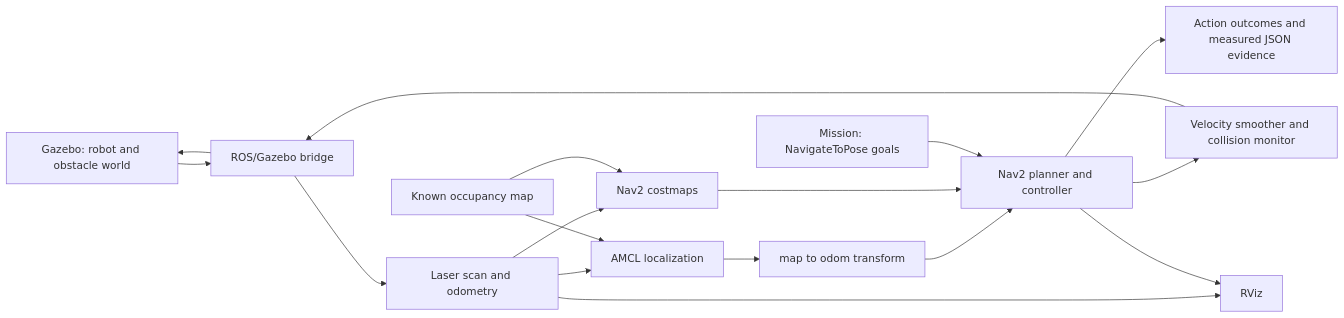
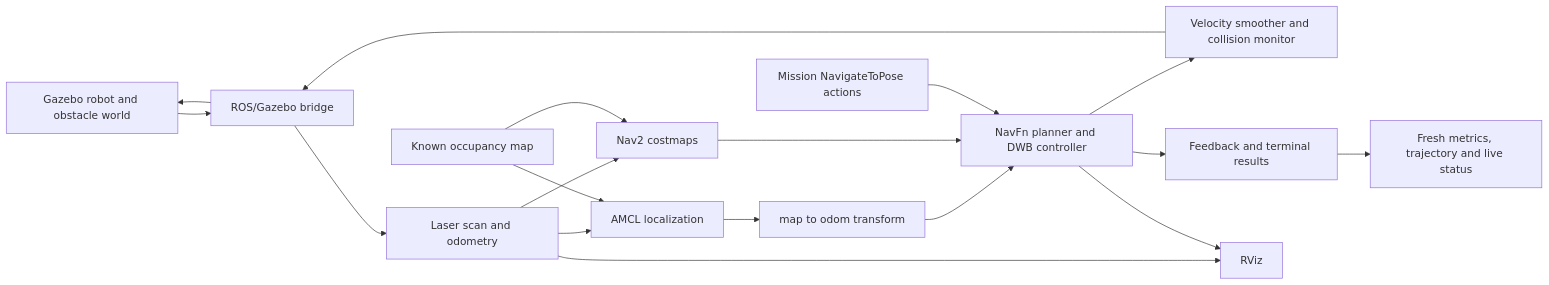
One commit to Preethesh16/waypoint-forge changed the diagram in docs/interview-guide.md. Above: the diagram before and after it, drawn with Mermaid. The commit also changed other lines of this file and 72 other files, not shown here.

Commit message:
Add measured navigation trials, live demo telemetry and unmapped obstacle verification

````diff
--- a/docs/interview-guide.md
+++ b/docs/interview-guide.md
@@ -17,19 +18,20 @@
 ```mermaid
 flowchart LR
-  G[Gazebo: robot and obstacle world] --> B[ROS/Gazebo bridge]
+  G[Gazebo robot and obstacle world] --> B[ROS/Gazebo bridge]
   B --> S[Laser scan and odometry]
   S --> A[AMCL localization]
   M[Known occupancy map] --> A
   S --> C[Nav2 costmaps]
   M --> C
   A --> T[map to odom transform]
-  T --> N[Nav2 planner and controller]
+  T --> N[NavFn planner and DWB controller]
   C --> N
-  P[Mission: NavigateToPose goals] --> N
+  P[Mission NavigateToPose actions] --> N
   N --> V[Velocity smoother and collision monitor]
   V --> B
   B --> G
-  N --> E[Action outcomes and measured JSON evidence]
+  N --> E[Feedback and terminal results]
+  E --> J[Fresh metrics, trajectory and live status]
   S --> R[RViz]
   N --> R
 ```
````
